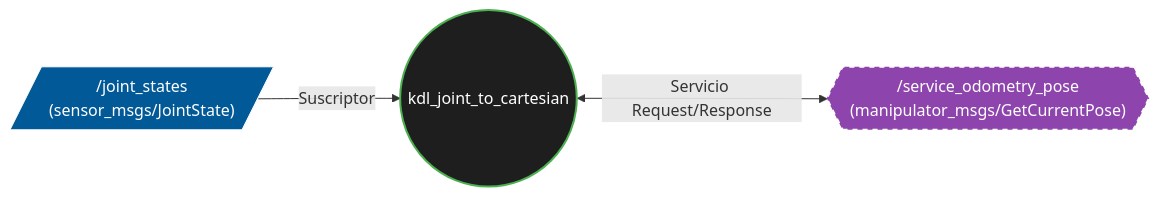
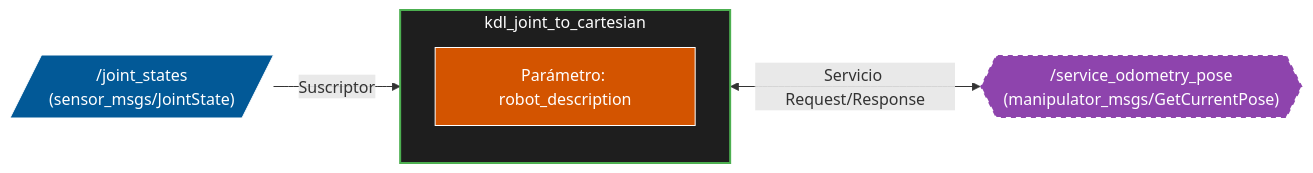
Before and after one commit to chechuu85/manipulator_roborescue: the third of 3 diagrams in src/manual_user_interface/README.md, drawn with Mermaid. The commit also changed other lines of this file, not shown here.

Commit message:
Update flow diagrams in README.md

````diff
--- a/src/manual_user_interface/README.md
+++ b/src/manual_user_interface/README.md
@@ -285,23 +318,30 @@
 ```mermaid
 graph LR
-    %% Definición de estilos
-    classDef node fill:#1e1e1e,stroke:#4CAF50,stroke-width:2px,color:#fff;
+    %% Tópicos e Interfaces
+    A[/"/joint_states<br/>(sensor_msgs/JointState)"/]
+    C{{"/service_odometry_pose<br/>(manipulator_msgs/GetCurrentPose)"}}
+
+    %% Contenedor Negro Exterior (El Nodo)
+    subgraph kdl_joint_to_cartesian ["kdl_joint_to_cartesian"]
+        direction TB
+        %% Cuadrado Naranja (Parámetro)
+        Param["Parámetro: robot_description"]
+    end
+
+    %% Conexiones (Apuntan al contenedor exterior)
+    A -->|Suscriptor| kdl_joint_to_cartesian
+    kdl_joint_to_cartesian <-->|Servicio Request/Response| C
+    
+    %% Estilos de los elementos individuales
     classDef topic fill:#025997,stroke:#fff,stroke-width:1px,color:#fff;
     classDef service fill:#8e44ad,stroke:#fff,stroke-width:2px,color:#fff,stroke-dasharray: 5 5;
     classDef param fill:#d35400,stroke:#fff,stroke-width:1px,color:#fff;
 
-    %% Nodos e Interfaces (Texto envuelto en comillas para evitar errores de parseo)
-    A[/"/joint_states<br/>(sensor_msgs/JointState)"/]
-    B(("kdl_joint_to_cartesian"))
-    C{{"/service_odometry_pose<br/>(manipulator_msgs/GetCurrentPose)"}}
-
-    %% Conexiones
-    A -->|Suscriptor| B
-    B <-->|Servicio Request/Response| C
-    
     %% Aplicación de estilos
-    class B node;
     class A topic;
     class C service;
-    class D param;
+    class Param param;
+
+    %% Estilo del Contenedor Exterior (Caja Negra con borde verde)
+    style kdl_joint_to_cartesian fill:#1e1e1e,stroke:#4CAF50,stroke-width:2px,color:#fff
 ```
````
